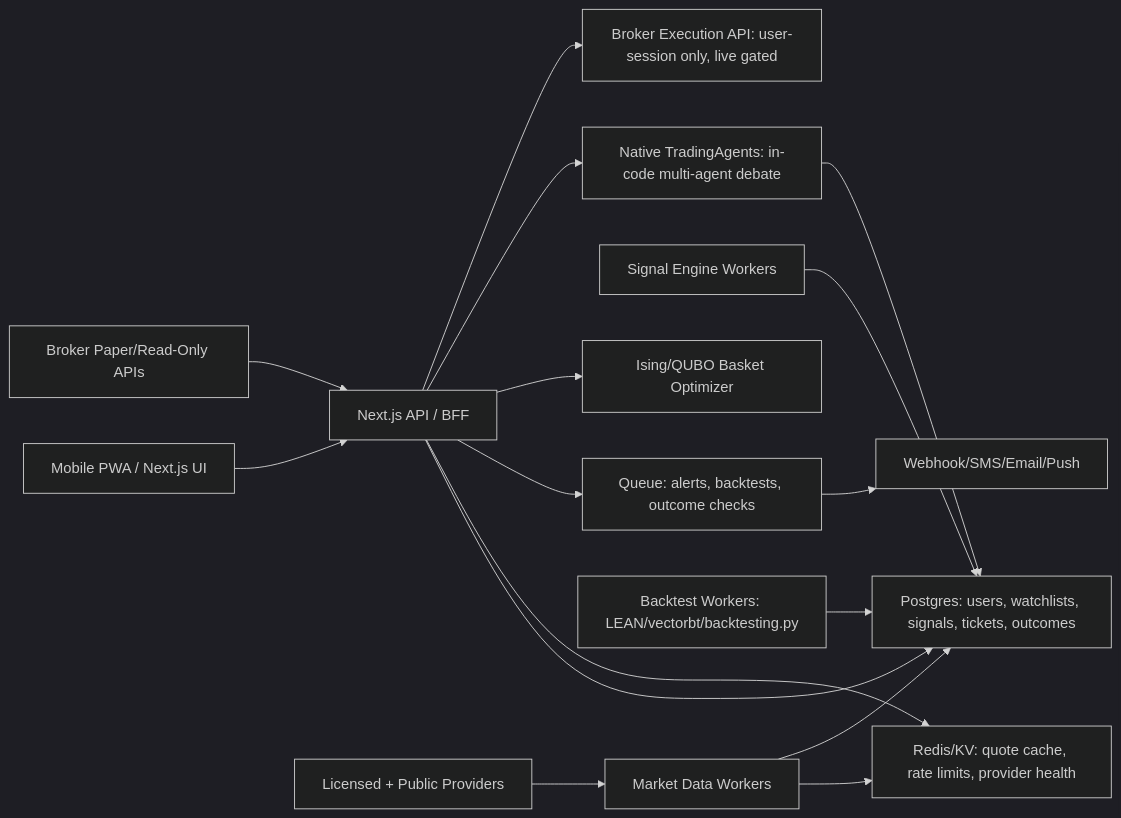
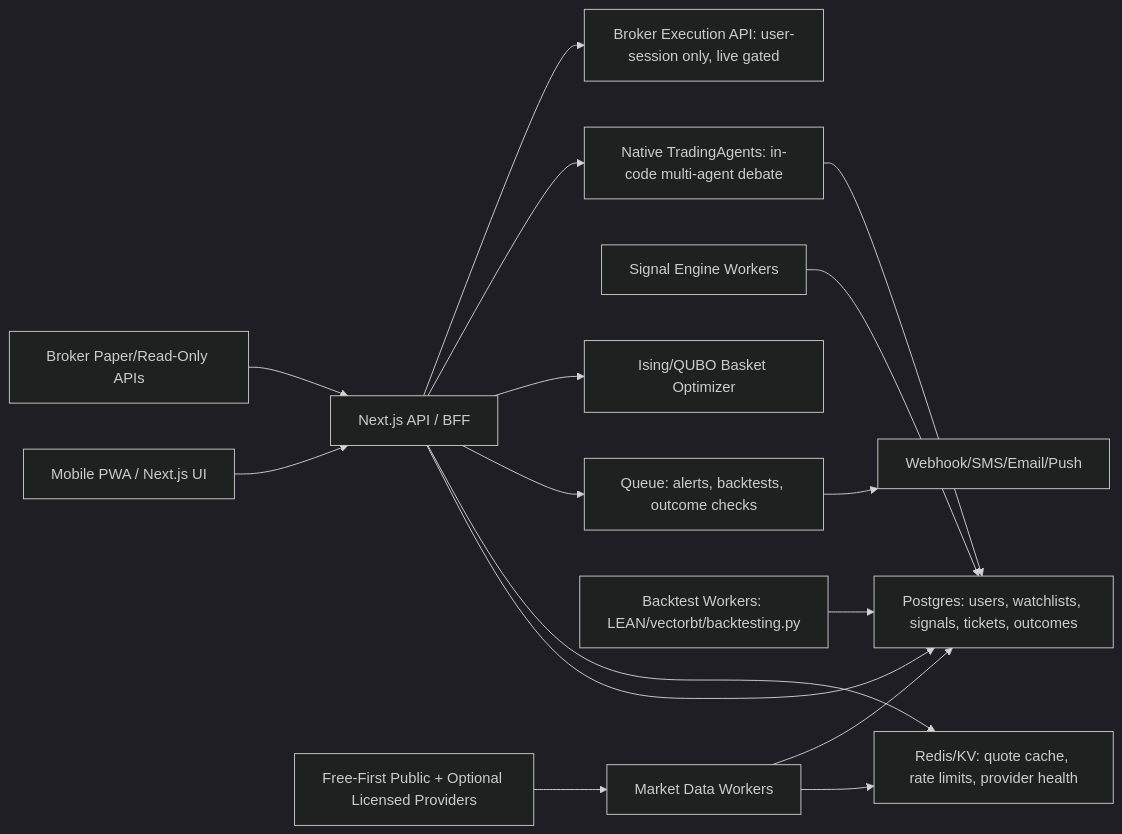
The diagram in docs/ARCHITECTURE.md (pinohu/trading-intel), drawn with Mermaid (dark theme) before and after one commit. The commit also changed other lines of this file and 24 other files, not shown here.

Commit message:
Apply free-first trading alternatives

````diff
--- a/docs/ARCHITECTURE.md
+++ b/docs/ARCHITECTURE.md
@@ -35,18 +35,18 @@
 ```mermaid
 flowchart LR
   UI["Mobile PWA / Next.js UI"] --> BFF["Next.js API / BFF"]
   BFF --> DB["Postgres: users, watchlists, signals, tickets, outcomes"]
   BFF --> Cache["Redis/KV: quote cache, rate limits, provider health"]
   BFF --> Queue["Queue: alerts, backtests, outcome checks"]
   DataWorker["Market Data Workers"] --> Cache
   DataWorker --> DB
-  Providers["Licensed + Public Providers"] --> DataWorker
+  Providers["Free-First Public + Optional Licensed Providers"] --> DataWorker
   SignalWorker["Signal Engine Workers"] --> DB
   BFF --> Ising["Ising/QUBO Basket Optimizer"]
   BFF --> TradingAgents["Native TradingAgents: in-code multi-agent debate"]
   TradingAgents --> DB
   BacktestWorker["Backtest Workers: LEAN/vectorbt/backtesting.py"] --> DB
   Broker["Broker Paper/Read-Only APIs"] --> BFF
   BFF --> BrokerExec["Broker Execution API: user-session only, live gated"]
   Queue --> Alerts["Webhook/SMS/Email/Push"]
 ```
````
